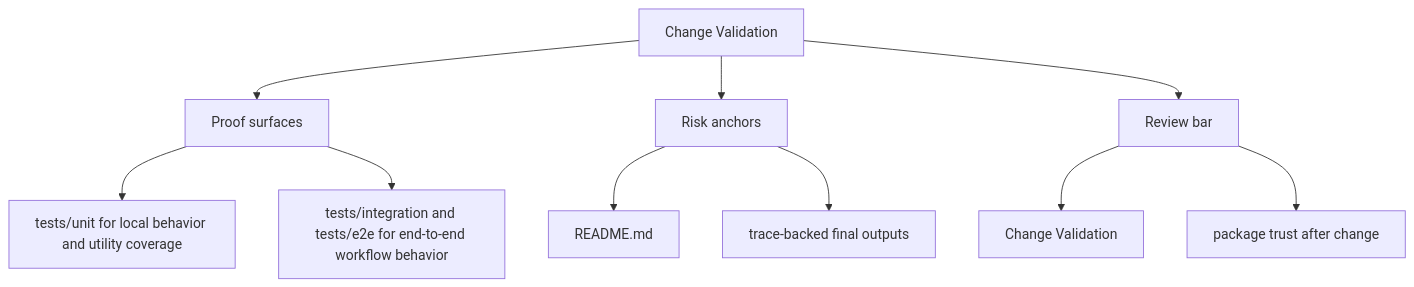
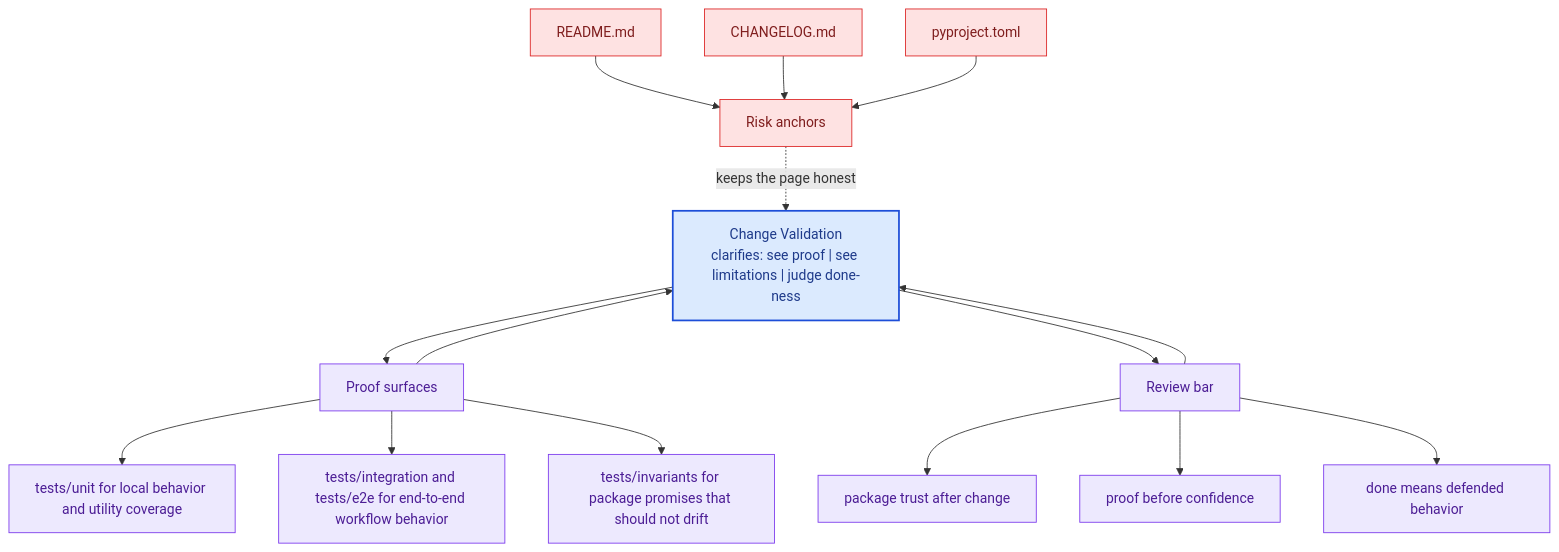
Before and after one commit to bijux/bijux-canon: the second of 2 diagrams in docs/bijux-canon-agent/quality/change-validation.md, drawn with Mermaid. The commit also changed other lines of this file and 281 other files, not shown here.

Commit message:
docs(diagrams): deepen handbook mermaid maps across the catalog

````diff
--- a/docs/bijux-canon-agent/quality/change-validation.md
+++ b/docs/bijux-canon-agent/quality/change-validation.md
@@ -33,22 +66,41 @@
 ```mermaid
-flowchart TD
-    page["Change Validation"]
+flowchart TB
+    promise["Change Validation<br/>clarifies: see proof | see limitations | judge done-ness"]
+    classDef promise fill:#dbeafe,stroke:#1d4ed8,color:#1e3a8a,stroke-width:2px;
+    classDef driver fill:#dcfce7,stroke:#16a34a,color:#14532d;
+    classDef constraint fill:#fee2e2,stroke:#dc2626,color:#7f1d1d;
+    classDef ground fill:#ede9fe,stroke:#7c3aed,color:#4c1d95;
     focus1["Proof surfaces"]
-    page --> focus1
+    focus1 --> promise
+    promise --> focus1
     focus1_1["tests/unit for local behavior and utility coverage"]
     focus1 --> focus1_1
     focus1_2["tests/integration and tests/e2e for end-to-end workflow behavior"]
     focus1 --> focus1_2
+    focus1_3["tests/invariants for package promises that should not drift"]
+    focus1 --> focus1_3
+    class focus1 ground;
+    class focus1_1,focus1_2,focus1_3 ground;
     focus2["Risk anchors"]
-    page --> focus2
+    focus2 -.keeps the page honest.-> promise
     focus2_1["README.md"]
-    focus2 --> focus2_1
-    focus2_2["trace-backed final outputs"]
-    focus2 --> focus2_2
+    focus2_1 --> focus2
+    focus2_2["CHANGELOG.md"]
+    focus2_2 --> focus2
+    focus2_3["pyproject.toml"]
+    focus2_3 --> focus2
+    class focus2 constraint;
+    class focus2_1,focus2_2,focus2_3 constraint;
     focus3["Review bar"]
-    page --> focus3
-    focus3_1["Change Validation"]
+    focus3 --> promise
+    promise --> focus3
+    focus3_1["package trust after change"]
     focus3 --> focus3_1
-    focus3_2["package trust after change"]
+    focus3_2["proof before confidence"]
     focus3 --> focus3_2
+    focus3_3["done means defended behavior"]
+    focus3 --> focus3_3
+    class focus3 ground;
+    class focus3_1,focus3_2,focus3_3 ground;
+    class promise promise;
 ```
````
